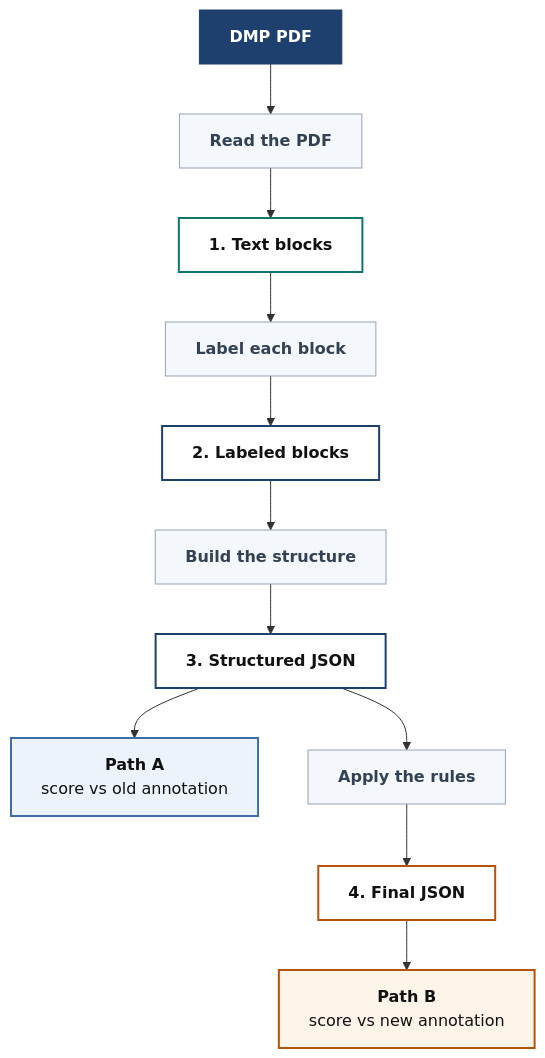
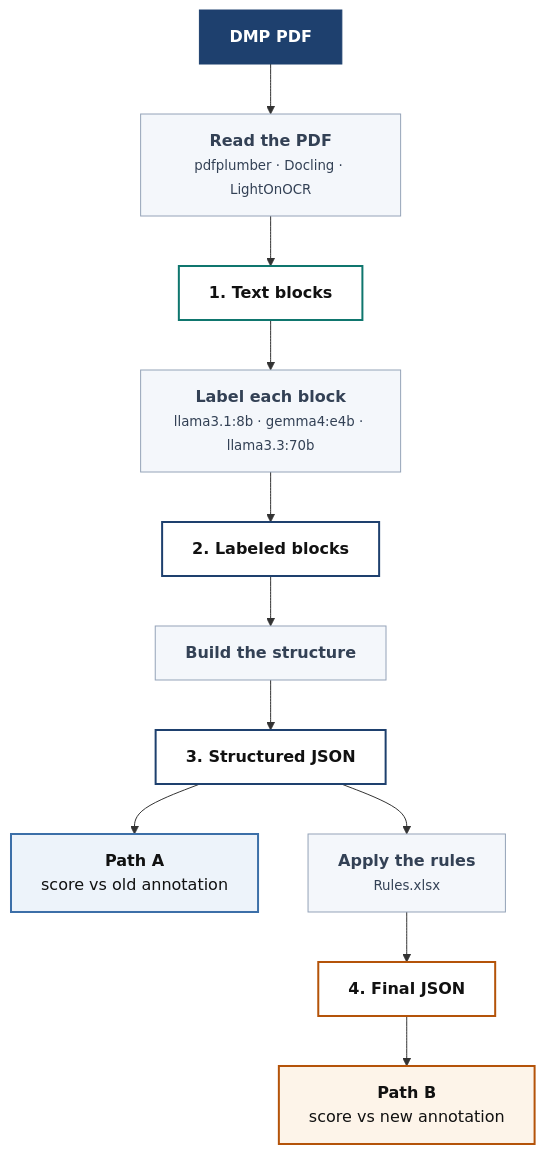
The diagram in docs/pipeline.md (fairdataihub/dmpbridge), drawn with Mermaid before and after one commit.

Commit message:
Enhance pipeline diagram with detailed descriptions for clarity

````diff
--- a/docs/pipeline.md
+++ b/docs/pipeline.md
@@ -3,32 +3,32 @@
 ```mermaid
 flowchart TD
     PDF["<b>DMP PDF</b>"]
 
-    PDF --> READ["<b>Read the PDF</b>"]
+    PDF --> READ["<b>Read the PDF</b><br/><small>pdfplumber · Docling · LightOnOCR</small>"]
     READ --> S1["<b>1. Text blocks</b>"]
-    S1 --> LABEL["<b>Label each block</b>"]
+    S1 --> LABEL["<b>Label each block</b><br/><small>llama3.1:8b · gemma4:e4b · llama3.3:70b</small>"]
     LABEL --> S2["<b>2. Labeled blocks</b>"]
     S2 --> BUILD["<b>Build the structure</b>"]
     BUILD --> S3["<b>3. Structured JSON</b>"]
 
     S3 --> PATHA["<b>Path A</b><br/>score vs old annotation"]
-    S3 --> RULES["<b>Apply the rules</b>"]
+    S3 --> RULES["<b>Apply the rules</b><br/><small>Rules.xlsx</small>"]
     RULES --> S4["<b>4. Final JSON</b>"]
     S4 --> PATHB["<b>Path B</b><br/>score vs new annotation"]
 
     classDef input  fill:#1E406E,stroke:#1E406E,color:#ffffff
     classDef step   fill:#F4F7FB,stroke:#94A3B8,stroke-width:1px,color:#334155
     classDef cached fill:#ffffff,stroke:#0F766E,stroke-width:2px,color:#111
     classDef data   fill:#ffffff,stroke:#1E406E,stroke-width:2px,color:#111
     classDef rules  fill:#ffffff,stroke:#B45309,stroke-width:2px,color:#111
     classDef pathA  fill:#EDF3FA,stroke:#3C6FA8,stroke-width:2px,color:#111
     classDef pathB  fill:#FDF4E9,stroke:#B45309,stroke-width:2px,color:#111
 
     class PDF input
     class READ,LABEL,BUILD,RULES step
     class S1 cached
     class S2,S3 data
     class S4 rules
     class PATHA pathA
     class PATHB pathB
 ```
````
